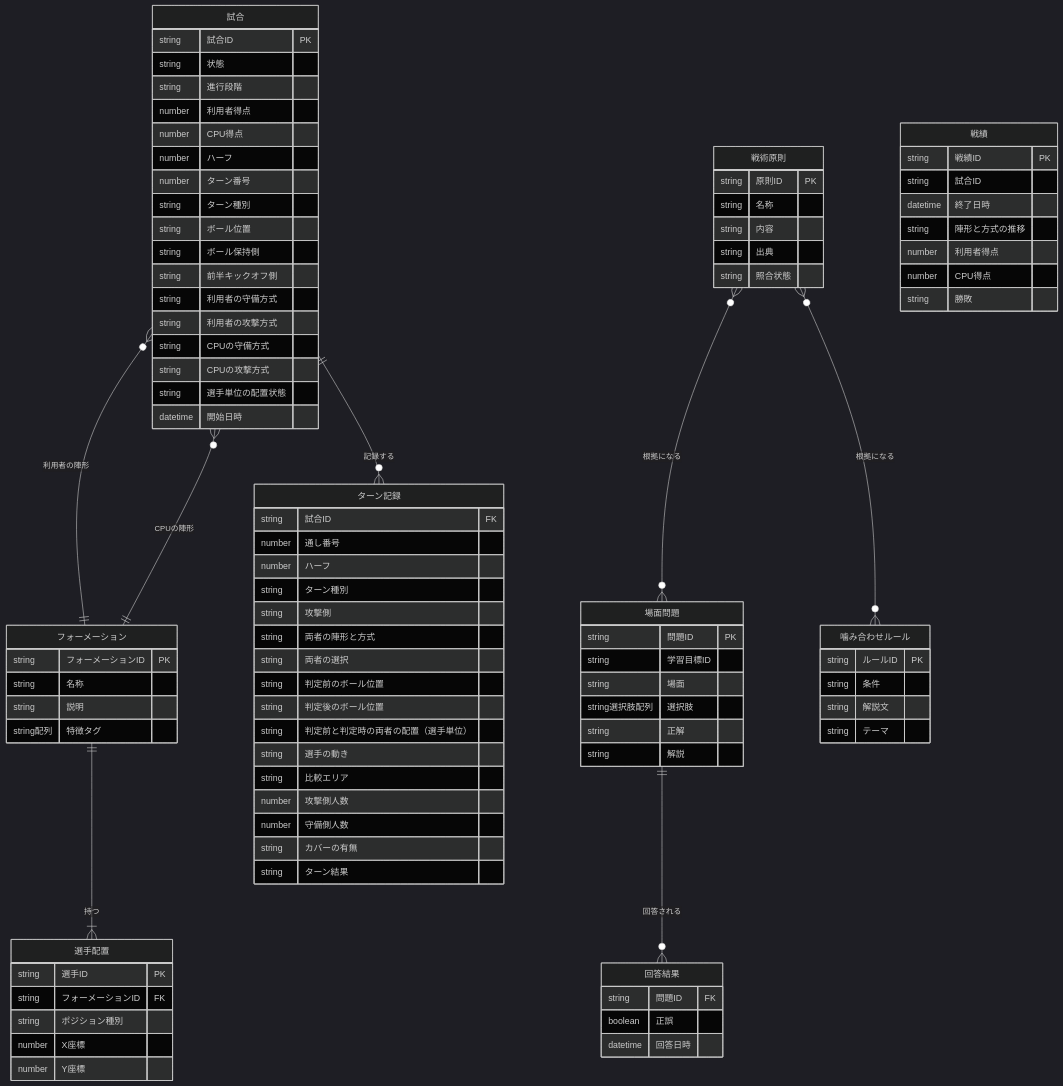
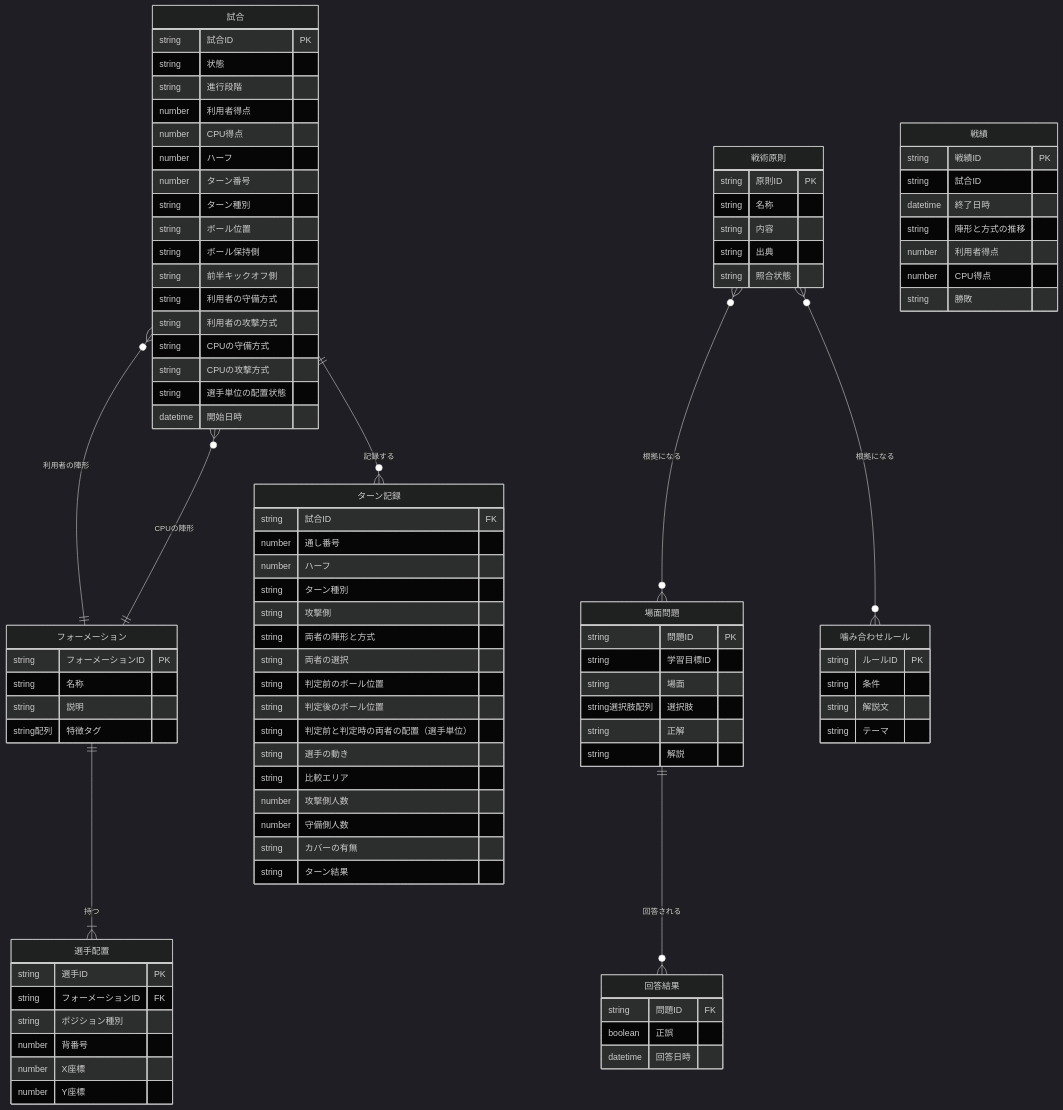
One commit to n-yata/soccer-sim changed the second of 4 diagrams in docs/specs/1_requirements/functional-overview.md. Above: the diagram before and after it, drawn with Mermaid (dark theme). The commit also changed other lines of this file and 31 other files, not shown here.

```diff
--- a/docs/specs/1_requirements/functional-overview.md
+++ b/docs/specs/1_requirements/functional-overview.md
@@ -103,6 +103,7 @@
         string 選手ID PK
         string フォーメーションID FK
         string ポジション種別
+        number 背番号
         number X座標
         number Y座標
     }
```
